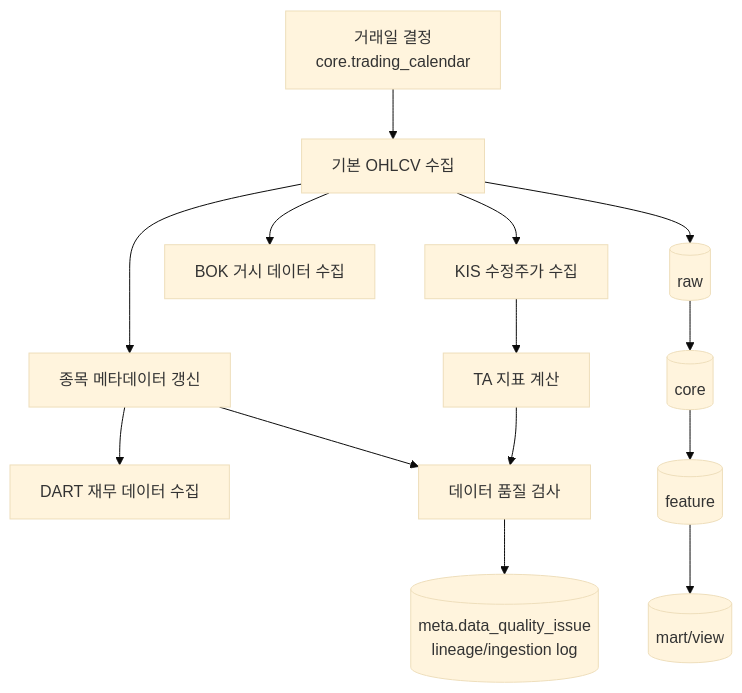
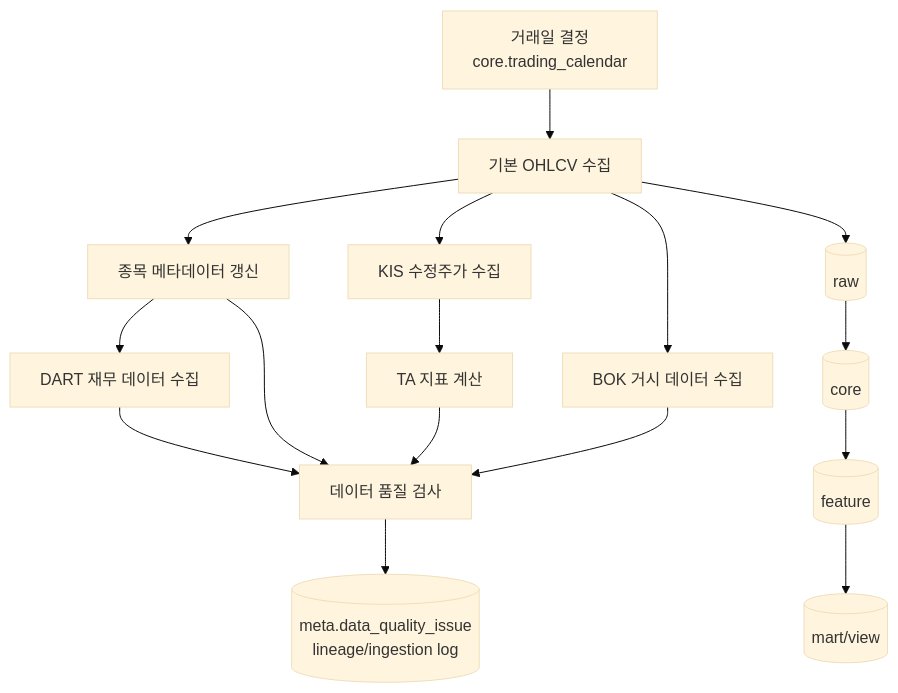
The second of 7 diagrams in docs/PROJECT_FLOW_AND_DEBT_GUIDE.md (yminh0/Quant_agent), drawn with Mermaid (base theme) before and after one commit. The commit also changed other lines of this file and 15 other files, not shown here.

````diff
--- a/docs/PROJECT_FLOW_AND_DEBT_GUIDE.md
+++ b/docs/PROJECT_FLOW_AND_DEBT_GUIDE.md
@@ -91,17 +91,19 @@
 ```mermaid
 flowchart TD
     CAL["거래일 결정<br/>core.trading_calendar"] --> OHLCV["기본 OHLCV 수집"]
     OHLCV --> META["종목 메타데이터 갱신"]
     OHLCV --> KIS["KIS 수정주가 수집"]
     OHLCV --> BOK["BOK 거시 데이터 수집"]
     META --> DART["DART 재무 데이터 수집"]
     KIS --> TA["TA 지표 계산"]
     META --> QA["데이터 품질 검사"]
     TA --> QA
+    DART --> QA
+    BOK --> QA
 
     OHLCV --> RAW[("raw")]
     RAW --> CORE[("core")]
     CORE --> FEATURE[("feature")]
     FEATURE --> MART[("mart/view")]
     QA --> OBS[("meta.data_quality_issue<br/>lineage/ingestion log")]
 ```
````
